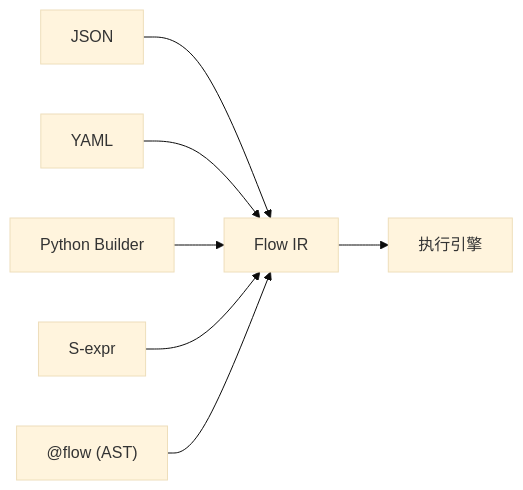
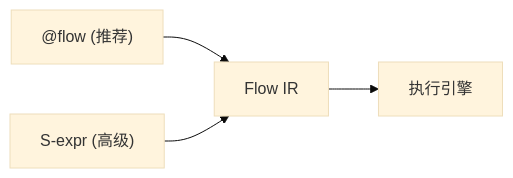
One commit to jeffkit/plaita changed the diagram in docs-site/docs/guide/code-dsl.md. Above: the diagram before and after it, drawn with Mermaid (base theme). The commit also changed other lines of this file and 32 other files, not shown here.

````diff
--- a/docs-site/docs/guide/code-dsl.md
+++ b/docs-site/docs/guide/code-dsl.md
@@ -10,9 +5,6 @@
 ```mermaid
 flowchart LR
-  JSON["JSON"] --> IR["Flow IR"]
-  YAML["YAML"] --> IR
-  Builder["Python Builder"] --> IR
-  Sexpr["S-expr"] --> IR
-  Codeflow["@flow (AST)"] --> IR
+  Codeflow["@flow (推荐)"] --> IR["Flow IR"]
+  Sexpr["S-expr (高级)"] --> IR
   IR --> Runtime["执行引擎"]
 ```
````
